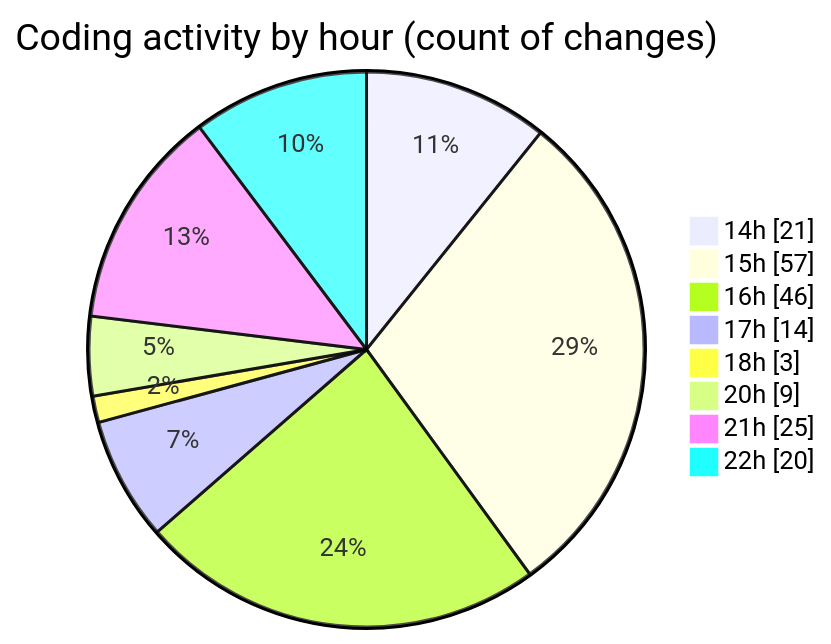
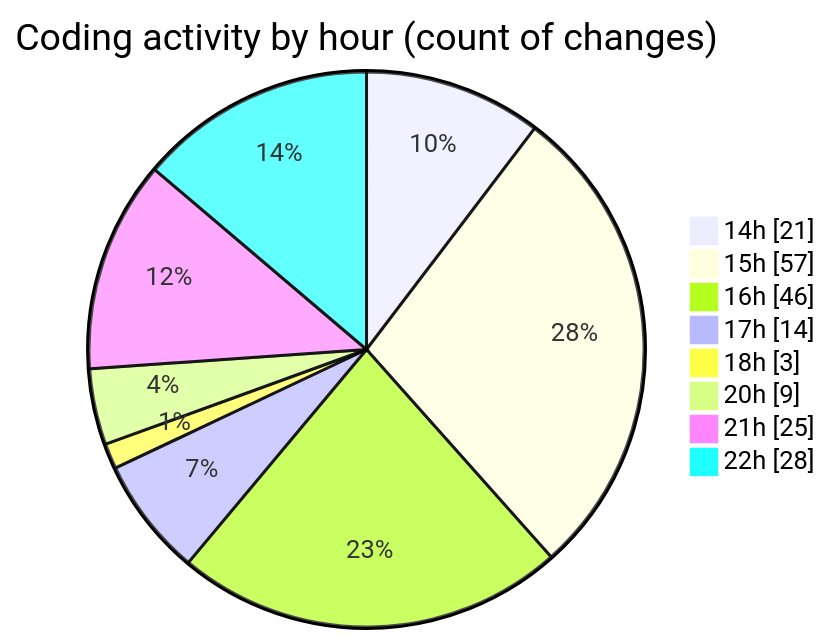
The second of 2 diagrams in 2025-05-24/projects/README.md (Ritupan-Deka/code-tracking), drawn with Mermaid before and after one commit. The commit also changed other lines of this file and 1 other file, not shown here.

````diff
--- a/2025-05-24/projects/README.md
+++ b/2025-05-24/projects/README.md
@@ -35,12 +35,12 @@
 ```mermaid
 pie showData
 title Coding activity by hour (count of changes)
 "14h" : 21
 "15h" : 57
 "16h" : 46
 "17h" : 14
 "18h" : 3
 "20h" : 9
 "21h" : 25
-"22h" : 20
+"22h" : 28
 ```
````
